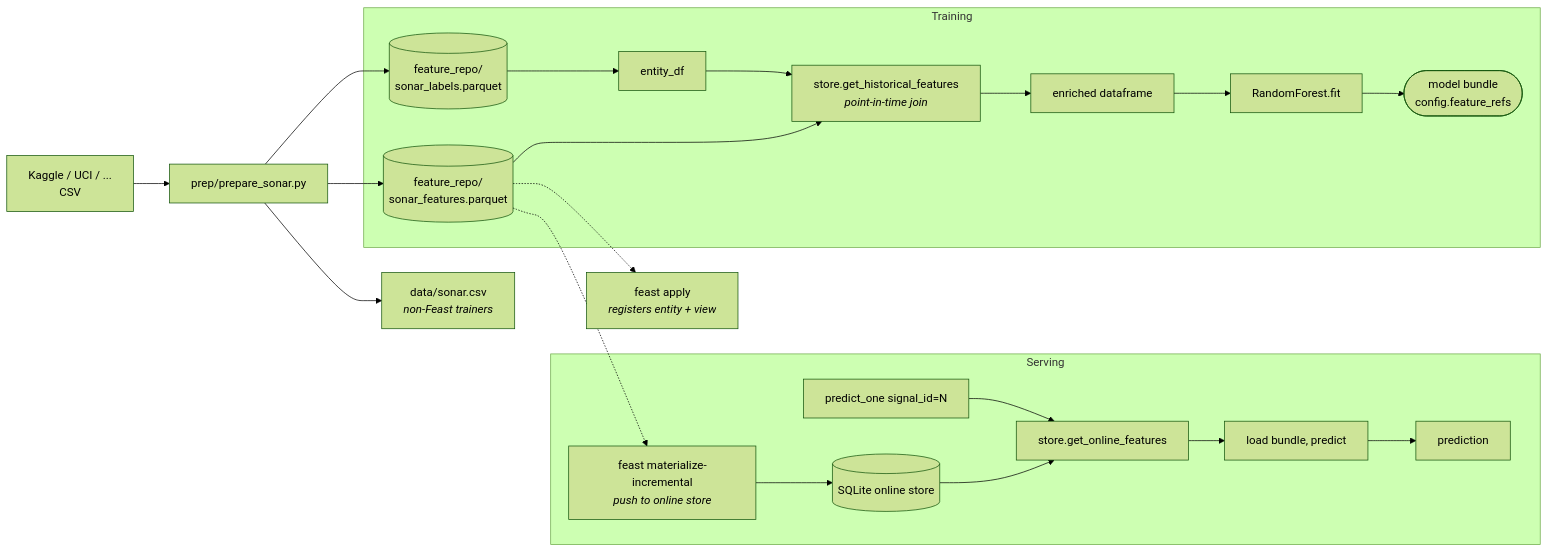
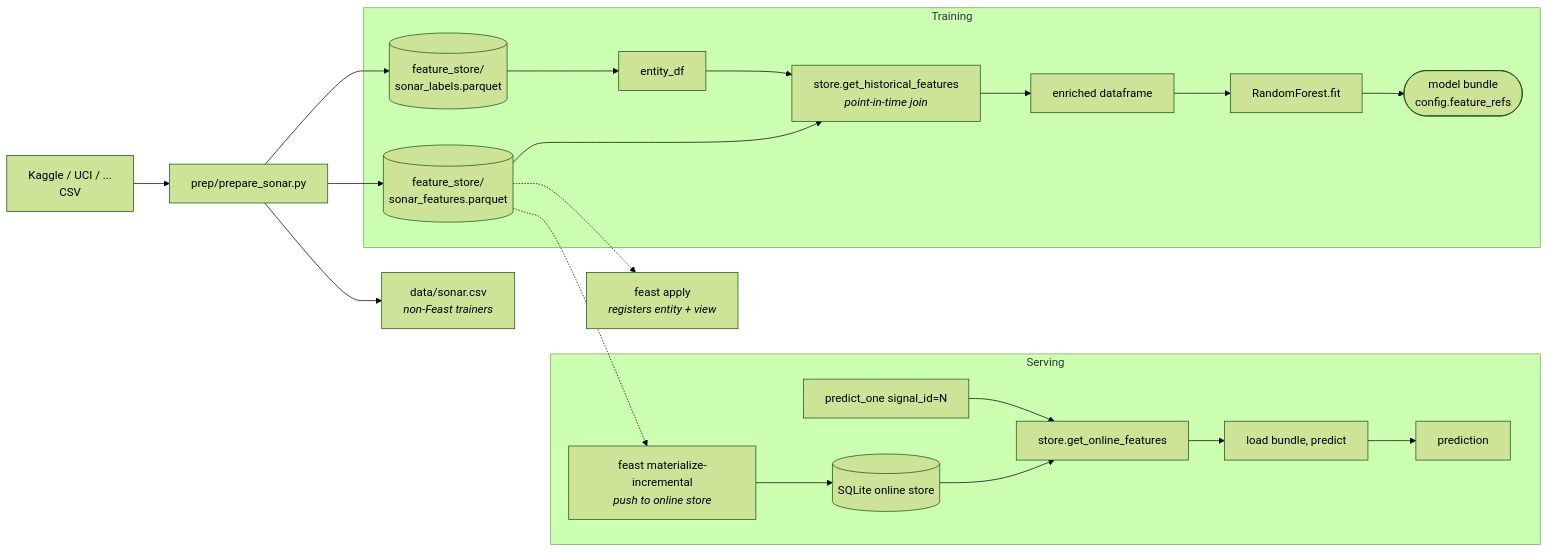
The third of 7 diagrams in README.md (dnewcome/sage-baker), drawn with Mermaid (forest theme) before and after one commit. The commit also changed other lines of this file and 9 other files, not shown here.

First line of the commit message:
rename feature_repo → feature_store

````diff
--- a/README.md
+++ b/README.md
@@ -721,28 +721,28 @@
 ```mermaid
 flowchart LR
   KAGGLE[Kaggle / UCI / ...<br/>CSV] --> PREP[prep/prepare_sonar.py]
   PREP --> CSV[data/sonar.csv<br/><i>non-Feast trainers</i>]
-  PREP --> FEAT[(feature_repo/<br/>sonar_features.parquet)]
-  PREP --> LBL[(feature_repo/<br/>sonar_labels.parquet)]
+  PREP --> FEAT[(feature_store/<br/>sonar_features.parquet)]
+  PREP --> LBL[(feature_store/<br/>sonar_labels.parquet)]
 
   APPLY["feast apply<br/><i>registers entity + view</i>"]
   FEAT -.-> APPLY
 
   subgraph train["Training"]
     LBL --> EDF[entity_df]
     EDF --> JOIN["store.get_historical_features<br/><i>point-in-time join</i>"]
     FEAT --> JOIN
     JOIN --> ENRICHED[enriched dataframe]
     ENRICHED --> RF[RandomForest.fit]
     RF --> BUNDLE([model bundle<br/>config.feature_refs])
   end
 
   subgraph serve["Serving"]
     MATR["feast materialize-incremental<br/><i>push to online store</i>"]
     FEAT -.-> MATR --> ONLINE[(SQLite online store)]
     REQ[predict_one signal_id=N] --> ONLOOK["store.get_online_features"]
     ONLINE --> ONLOOK
     ONLOOK --> CLF[load bundle, predict]
     CLF --> PRED[prediction]
   end
 ```
````
